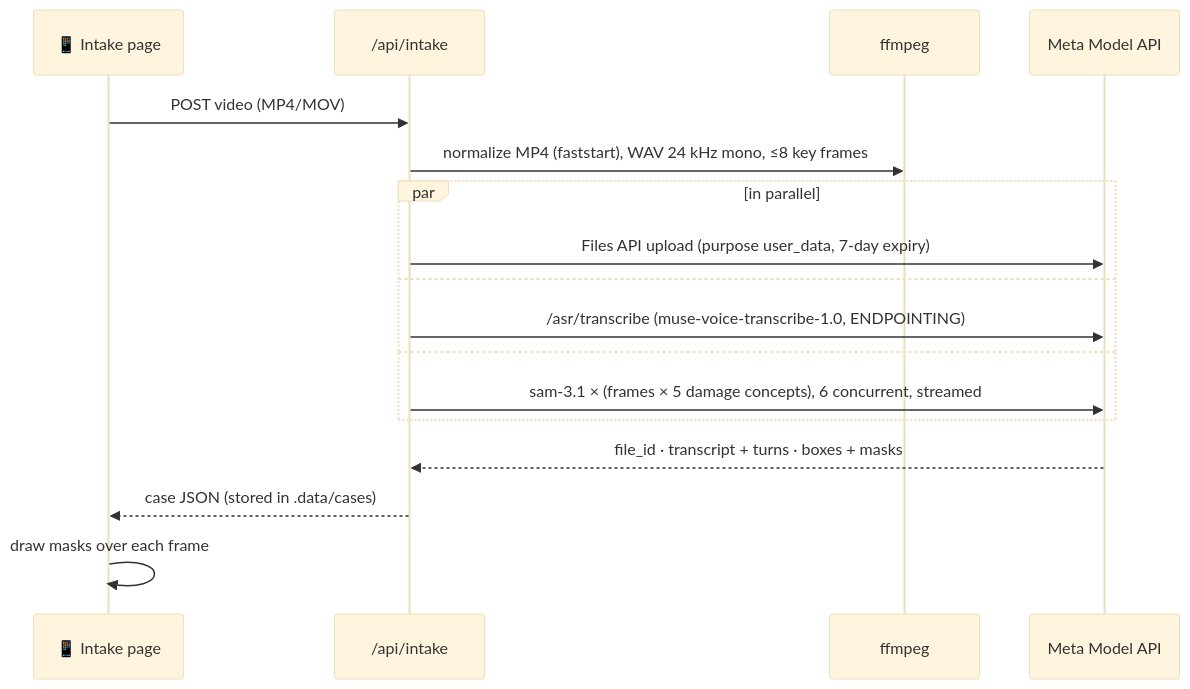
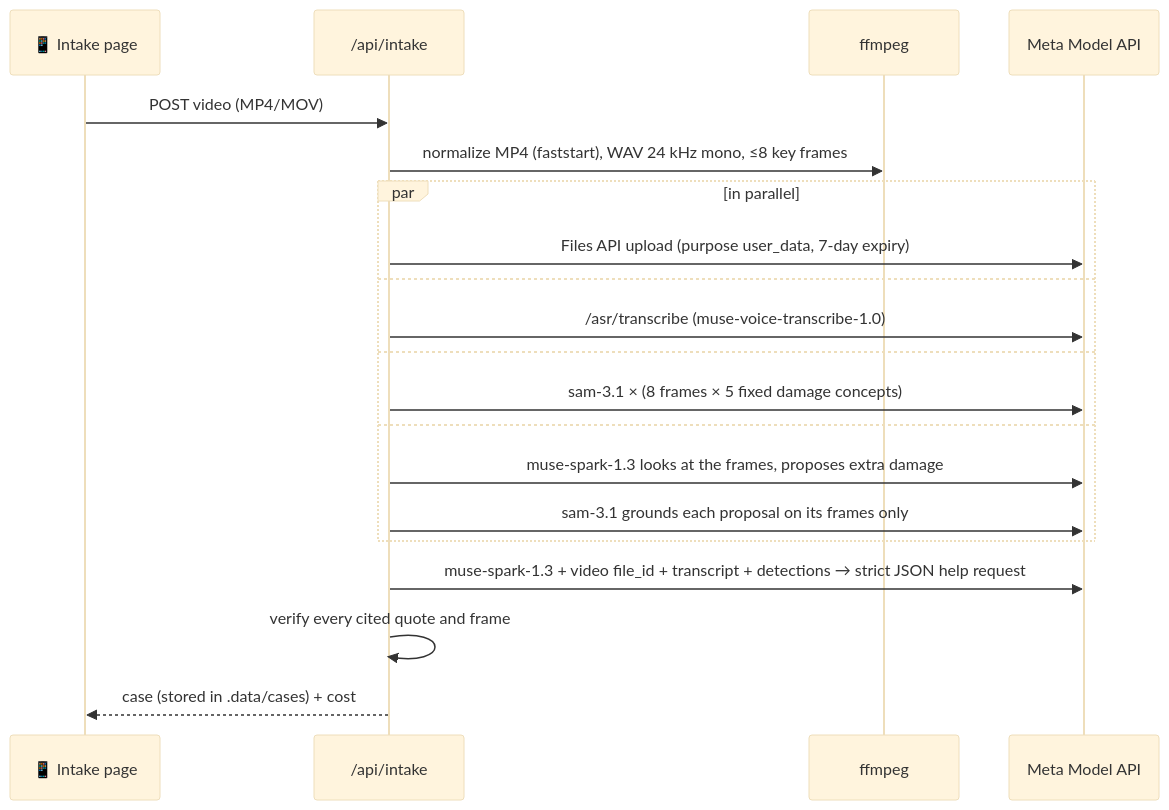
Before and after one commit to SapSaeta/relief-net: the second of 5 diagrams in README.md, drawn with Mermaid (base theme). The commit also changed other lines of this file and 1 other file, not shown here.

First line of the commit message:
docs: README for verified help requests, agentic grounding and costs

````diff
--- a/README.md
+++ b/README.md
@@ -56,19 +62,22 @@
 ```mermaid
 sequenceDiagram
     participant U as 📱 Intake page
     participant N as /api/intake
     participant F as ffmpeg
     participant M as Meta Model API
     U->>N: POST video (MP4/MOV)
     N->>F: normalize MP4 (faststart), WAV 24 kHz mono, ≤8 key frames
     par in parallel
         N->>M: Files API upload (purpose user_data, 7-day expiry)
     and
-        N->>M: /asr/transcribe (muse-voice-transcribe-1.0, ENDPOINTING)
+        N->>M: /asr/transcribe (muse-voice-transcribe-1.0)
     and
-        N->>M: sam-3.1 × (frames × 5 damage concepts), 6 concurrent, streamed
+        N->>M: sam-3.1 × (8 frames × 5 fixed damage concepts)
+    and
+        N->>M: muse-spark-1.3 looks at the frames, proposes extra damage
+        N->>M: sam-3.1 grounds each proposal on its frames only
     end
-    M-->>N: file_id · transcript + turns · boxes + masks
-    N-->>U: case JSON (stored in .data/cases)
-    U->>U: draw masks over each frame
+    N->>M: muse-spark-1.3 + video file_id + transcript + detections → strict JSON help request
+    N->>N: verify every cited quote and frame
+    N-->>U: case (stored in .data/cases) + cost
 ```
````
